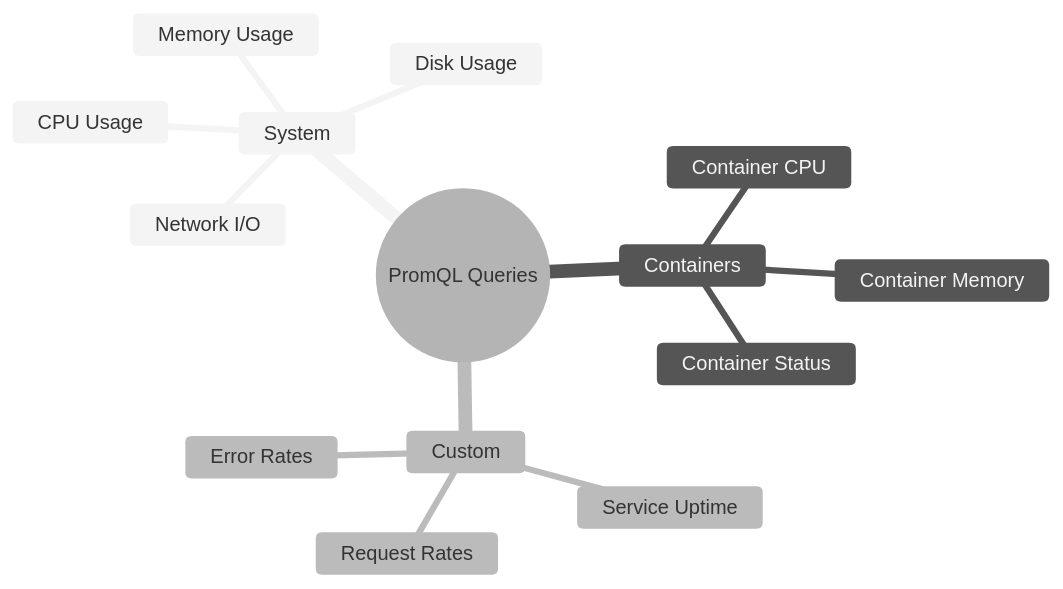
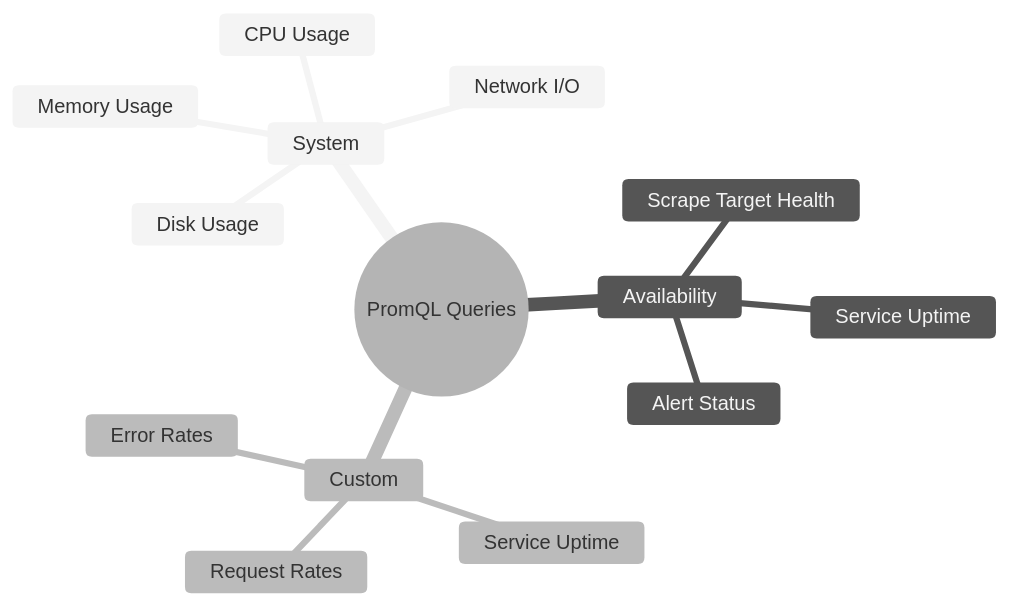
One commit to manumanohar11/homelab changed the third of 9 diagrams in docs/monitoring.md. Above: the diagram before and after it, drawn with Mermaid (neutral theme). The commit also changed other lines of this file and 4893 other files, not shown here.

````diff
--- a/docs/monitoring.md
+++ b/docs/monitoring.md
@@ -172,17 +166,17 @@
 ```mermaid
 mindmap
   root((PromQL Queries))
     System
       CPU Usage
       Memory Usage
       Disk Usage
       Network I/O
-    Containers
-      Container CPU
-      Container Memory
-      Container Status
+    Availability
+      Scrape Target Health
+      Service Uptime
+      Alert Status
     Custom
       Service Uptime
       Request Rates
       Error Rates
 ```
````
